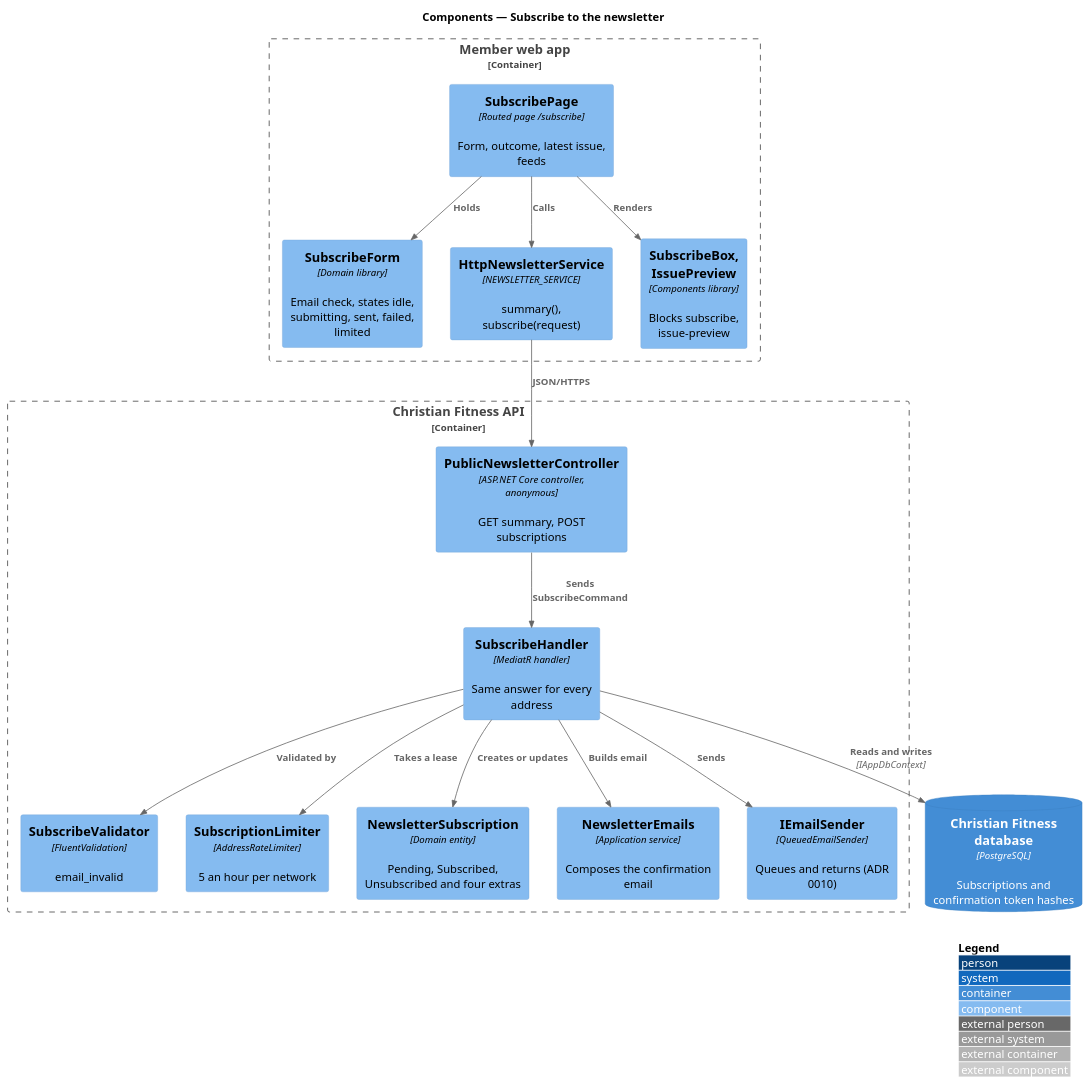
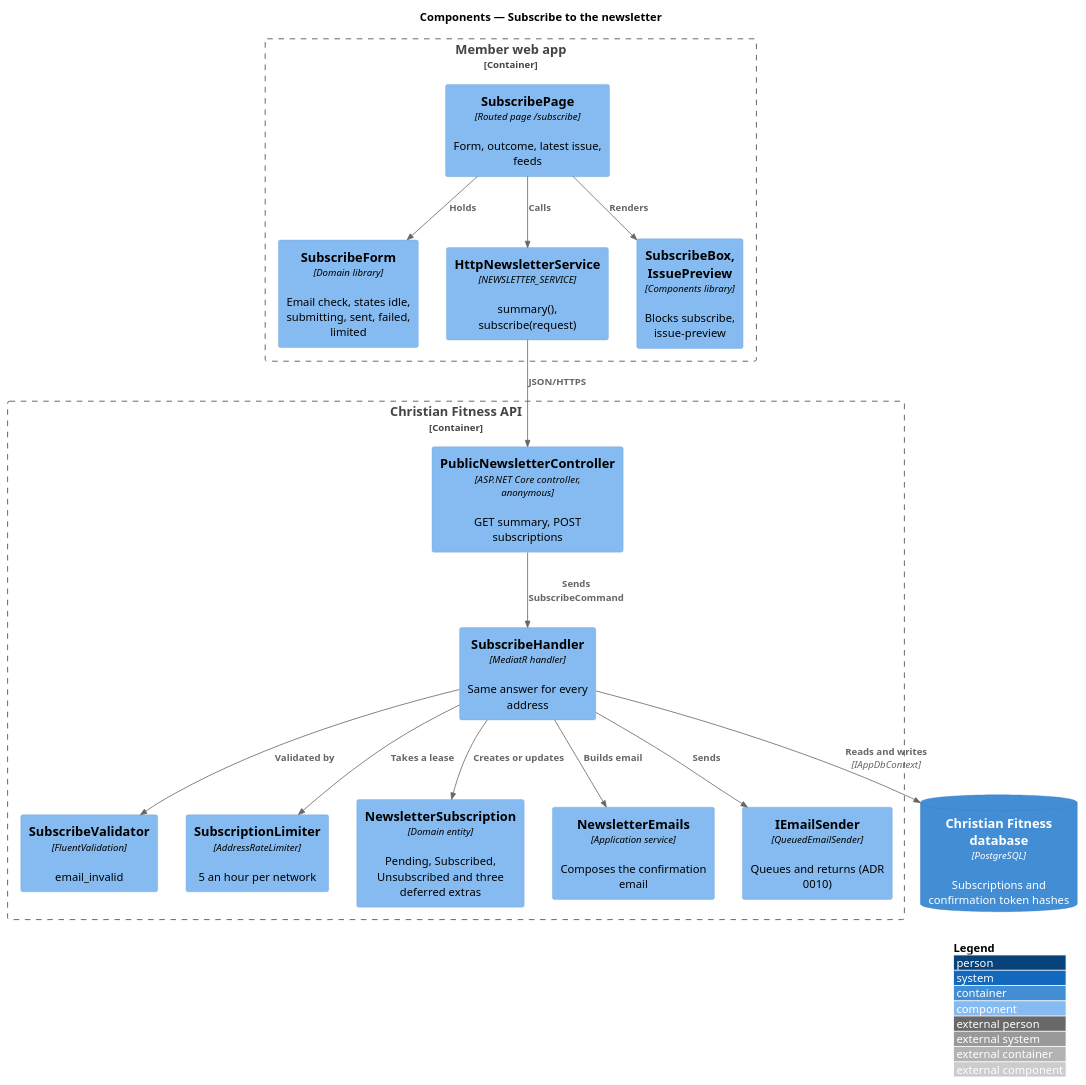
The diagram in docs/detailed-designs/news/subscribe-to-newsletter/diagrams/c4-component.puml (QuinntyneBrown/christian-fitness), drawn with PlantUML before and after one commit. The commit also changed 48 other files, not shown here.

```diff
--- a/docs/detailed-designs/news/subscribe-to-newsletter/diagrams/c4-component.puml
+++ b/docs/detailed-designs/news/subscribe-to-newsletter/diagrams/c4-component.puml
@@ -1,33 +1,33 @@
 @startuml
 !include <C4/C4_Component>
 LAYOUT_WITH_LEGEND()
 title Components — Subscribe to the newsletter
 
 Container_Boundary(web, "Member web app") {
   Component(page, "SubscribePage", "Routed page /subscribe", "Form, outcome, latest issue, feeds")
   Component(store, "SubscribeForm", "Domain library", "Email check, states idle, submitting, sent, failed, limited")
   Component(client, "HttpNewsletterService", "NEWSLETTER_SERVICE", "summary(), subscribe(request)")
   Component(ui, "SubscribeBox, IssuePreview", "Components library", "Blocks subscribe, issue-preview")
 }
 Container_Boundary(api, "Christian Fitness API") {
   Component(ctrl, "PublicNewsletterController", "ASP.NET Core controller, anonymous", "GET summary, POST subscriptions")
   Component(val, "SubscribeValidator", "FluentValidation", "email_invalid")
   Component(h, "SubscribeHandler", "MediatR handler", "Same answer for every address")
   Component(lim, "SubscriptionLimiter", "AddressRateLimiter", "5 an hour per network")
-  Component(sub, "NewsletterSubscription", "Domain entity", "Pending, Subscribed, Unsubscribed and four extras")
+  Component(sub, "NewsletterSubscription", "Domain entity", "Pending, Subscribed, Unsubscribed and three deferred extras")
   Component(mailer, "NewsletterEmails", "Application service", "Composes the confirmation email")
   Component(sender, "IEmailSender", "QueuedEmailSender", "Queues and returns (ADR 0010)")
 }
 ContainerDb(db, "Christian Fitness database", "PostgreSQL", "Subscriptions and confirmation token hashes")
 Rel(page, store, "Holds")
 Rel(page, ui, "Renders")
 Rel(page, client, "Calls")
 Rel(client, ctrl, "JSON/HTTPS")
 Rel(ctrl, h, "Sends SubscribeCommand")
 Rel(h, val, "Validated by")
 Rel(h, lim, "Takes a lease")
 Rel(h, sub, "Creates or updates")
 Rel(h, mailer, "Builds email")
 Rel(h, sender, "Sends")
 Rel(h, db, "Reads and writes", "IAppDbContext")
 @enduml
```
